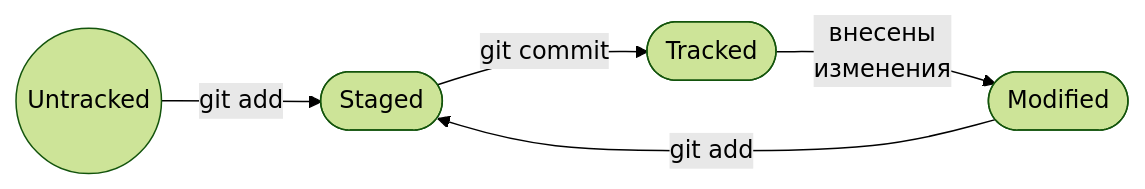
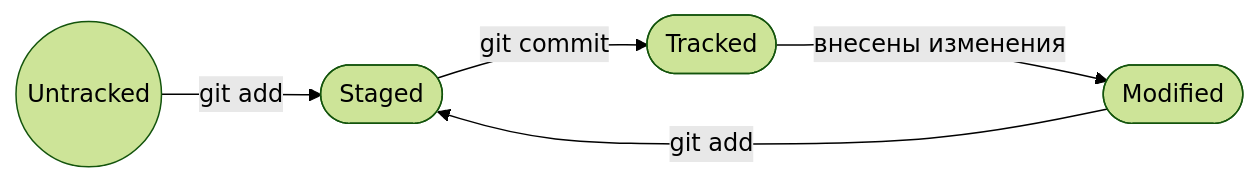
One commit to jjuiiva/homework1 changed the diagram in README.md. Above: the diagram before and after it, drawn with Mermaid (forest theme).

Commit message:
Попытка 11 исправить неработающую схему

````diff
--- a/README.md
+++ b/README.md
@@ -84,14 +84,13 @@
 ```mermaid
 flowchart LR
 
-    A((Untracked))
+    A(("Untracked"))
     B([Staged])
     C([Modified])
     D([Tracked])
 
     A --git add--> B
     B --git commit--> D
-    D --внесены 
-	изменения--> C
+    D --внесены изменения--> C
     C --git add--> B
 ```
````
